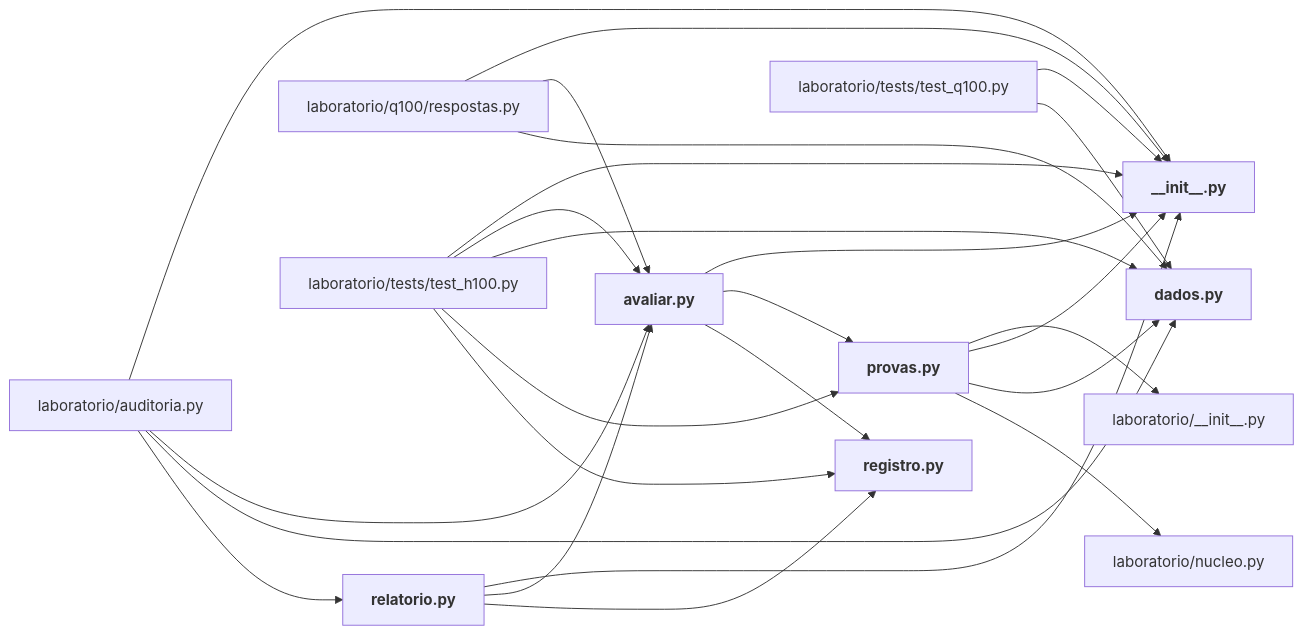
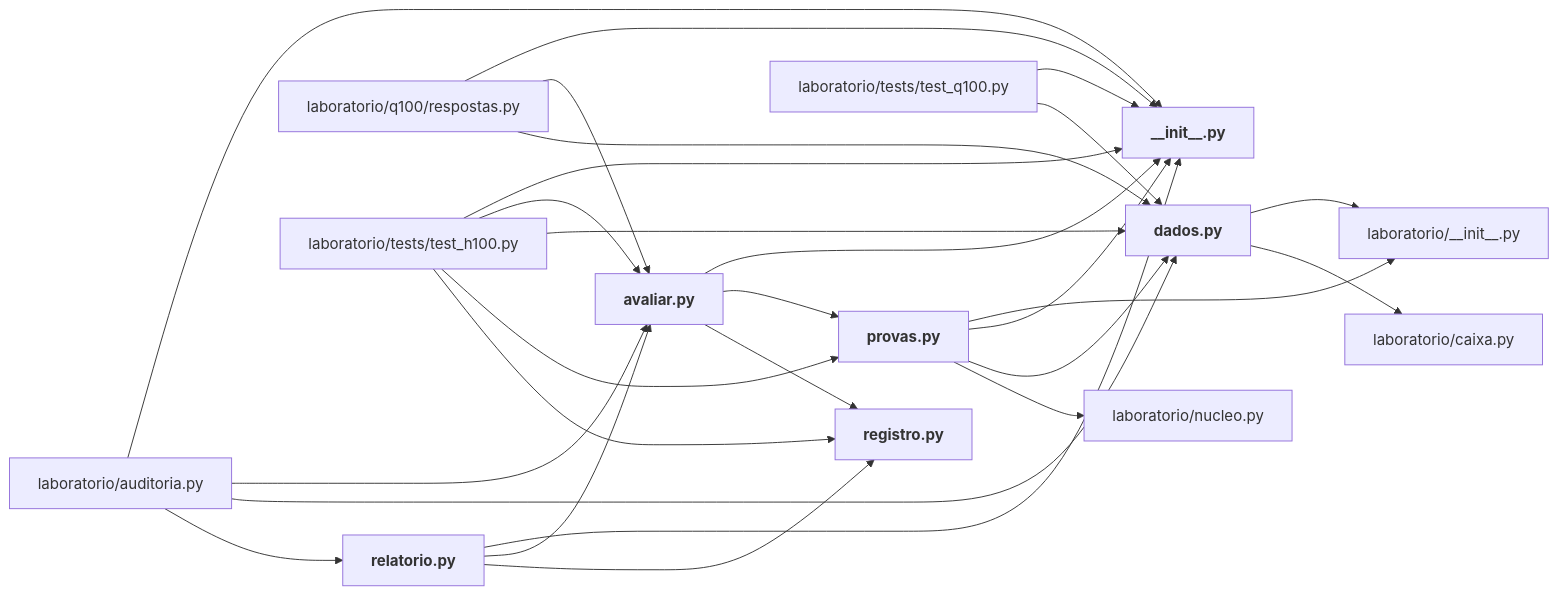
One commit to igormorais123/JEV changed the diagram in mapa/pastas/laboratorio__h100.md. Above: the diagram before and after it, drawn with Mermaid. The commit also changed other lines of this file and 49 other files, not shown here.

````diff
--- a/mapa/pastas/laboratorio__h100.md
+++ b/mapa/pastas/laboratorio__h100.md
@@ -22,39 +22,42 @@
 ```mermaid
 flowchart LR
   n_laboratorio___init___py["laboratorio/__init__.py"]
   n_laboratorio_auditoria_py["laboratorio/auditoria.py"]
+  n_laboratorio_caixa_py["laboratorio/caixa.py"]
   n_laboratorio_h100___init___py["<b>__init__.py</b>"]
   n_laboratorio_h100_avaliar_py["<b>avaliar.py</b>"]
   n_laboratorio_h100_dados_py["<b>dados.py</b>"]
   n_laboratorio_h100_provas_py["<b>provas.py</b>"]
   n_laboratorio_h100_registro_py["<b>registro.py</b>"]
   n_laboratorio_h100_relatorio_py["<b>relatorio.py</b>"]
   n_laboratorio_nucleo_py["laboratorio/nucleo.py"]
   n_laboratorio_q100_respostas_py["laboratorio/q100/respostas.py"]
   n_laboratorio_tests_test_h100_py["laboratorio/tests/test_h100.py"]
   n_laboratorio_tests_test_q100_py["laboratorio/tests/test_q100.py"]
   n_laboratorio_auditoria_py --> n_laboratorio_h100___init___py
   n_laboratorio_auditoria_py --> n_laboratorio_h100_avaliar_py
   n_laboratorio_auditoria_py --> n_laboratorio_h100_dados_py
   n_laboratorio_auditoria_py --> n_laboratorio_h100_relatorio_py
   n_laboratorio_h100_avaliar_py --> n_laboratorio_h100___init___py
   n_laboratorio_h100_avaliar_py --> n_laboratorio_h100_provas_py
   n_laboratorio_h100_avaliar_py --> n_laboratorio_h100_registro_py
+  n_laboratorio_h100_dados_py --> n_laboratorio___init___py
+  n_laboratorio_h100_dados_py --> n_laboratorio_caixa_py
   n_laboratorio_h100_provas_py --> n_laboratorio___init___py
   n_laboratorio_h100_provas_py --> n_laboratorio_h100___init___py
   n_laboratorio_h100_provas_py --> n_laboratorio_h100_dados_py
   n_laboratorio_h100_provas_py --> n_laboratorio_nucleo_py
   n_laboratorio_h100_relatorio_py --> n_laboratorio_h100___init___py
   n_laboratorio_h100_relatorio_py --> n_laboratorio_h100_avaliar_py
   n_laboratorio_h100_relatorio_py --> n_laboratorio_h100_registro_py
   n_laboratorio_q100_respostas_py --> n_laboratorio_h100___init___py
   n_laboratorio_q100_respostas_py --> n_laboratorio_h100_avaliar_py
   n_laboratorio_q100_respostas_py --> n_laboratorio_h100_dados_py
   n_laboratorio_tests_test_h100_py --> n_laboratorio_h100___init___py
   n_laboratorio_tests_test_h100_py --> n_laboratorio_h100_avaliar_py
   n_laboratorio_tests_test_h100_py --> n_laboratorio_h100_dados_py
   n_laboratorio_tests_test_h100_py --> n_laboratorio_h100_provas_py
   n_laboratorio_tests_test_h100_py --> n_laboratorio_h100_registro_py
   n_laboratorio_tests_test_q100_py --> n_laboratorio_h100___init___py
   n_laboratorio_tests_test_q100_py --> n_laboratorio_h100_dados_py
 ```
````
